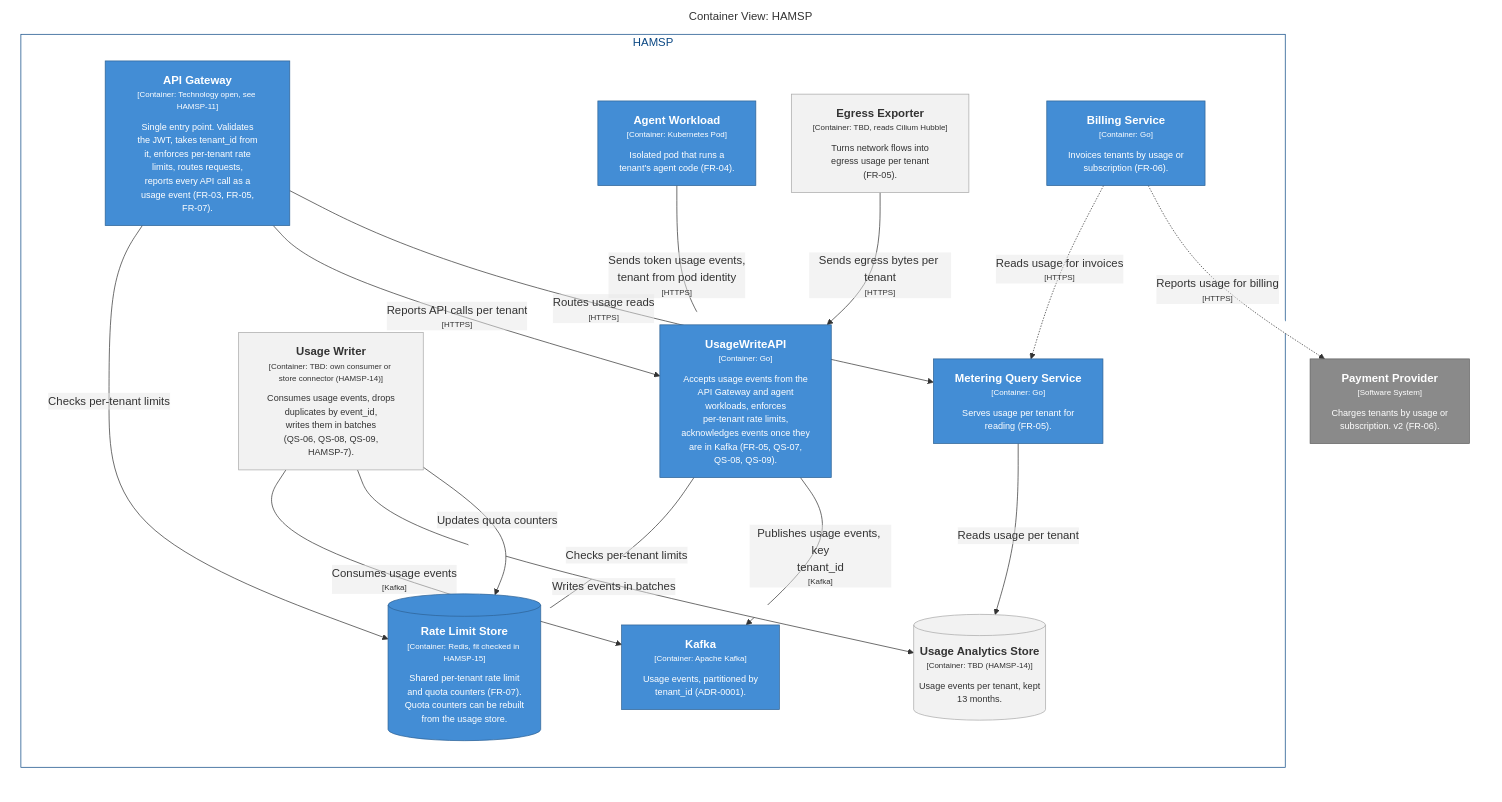
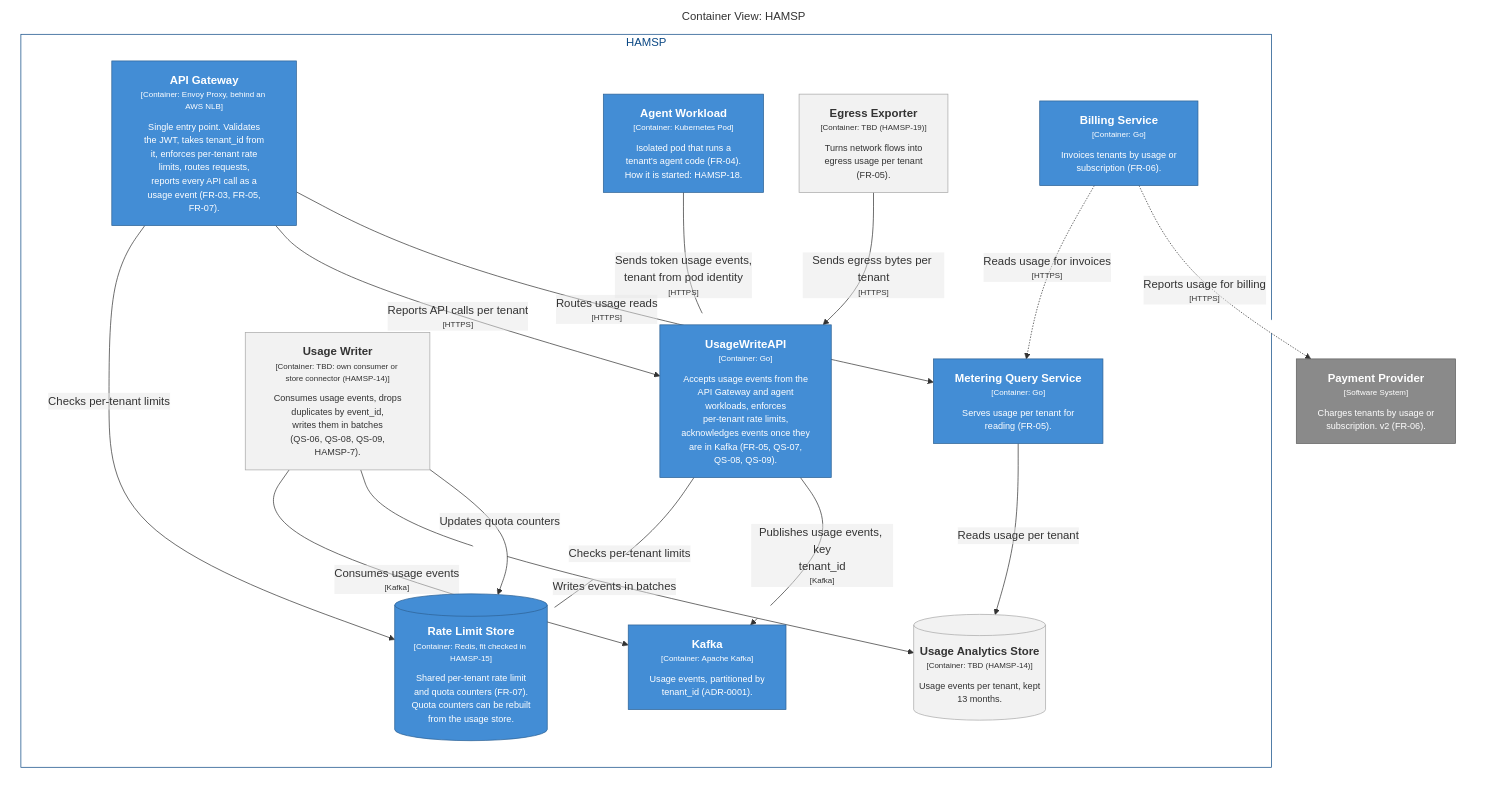
One commit to maksimillian1/ha-multitenant-saas-platform changed the diagram in docs/architecture/c4/structurizr-UsagePipeline.mmd. Above: the diagram before and after it, drawn with Mermaid. The commit also changed 10 other files, not shown here.

```diff
--- a/docs/architecture/c4/structurizr-UsagePipeline.mmd
+++ b/docs/architecture/c4/structurizr-UsagePipeline.mmd
@@ -1,49 +1,49 @@
 graph LR
   linkStyle default fill:#ffffff
 
   subgraph diagram ["Container View: HAMSP"]
     style diagram fill:#ffffff,stroke:#ffffff
 
-    25["<div style='font-weight: bold'>Payment Provider</div><div style='font-size: 70%; margin-top: 0px'>[Software System]</div><div style='font-size: 80%; margin-top:10px'>Charges tenants by usage or<br />subscription. v2 (FR-06).</div>"]
-    style 25 fill:#8a8a8a,stroke:#606060,color:#ffffff
+    24["<div style='font-weight: bold'>Payment Provider</div><div style='font-size: 70%; margin-top: 0px'>[Software System]</div><div style='font-size: 80%; margin-top:10px'>Charges tenants by usage or<br />subscription. v2 (FR-06).</div>"]
+    style 24 fill:#8a8a8a,stroke:#606060,color:#ffffff
 
     subgraph 4 ["HAMSP"]
       style 4 fill:#ffffff,stroke:#0b4884,color:#0b4884
 
-      11["<div style='font-weight: bold'>Agent Workload</div><div style='font-size: 70%; margin-top: 0px'>[Container: Kubernetes Pod]</div><div style='font-size: 80%; margin-top:10px'>Isolated pod that runs a<br />tenant's agent code (FR-04).</div>"]
+      11["<div style='font-weight: bold'>Agent Workload</div><div style='font-size: 70%; margin-top: 0px'>[Container: Kubernetes Pod]</div><div style='font-size: 80%; margin-top:10px'>Isolated pod that runs a<br />tenant's agent code (FR-04).<br />How it is started: HAMSP-18.</div>"]
       style 11 fill:#438dd5,stroke:#2e6295,color:#ffffff
       12["<div style='font-weight: bold'>UsageWriteAPI</div><div style='font-size: 70%; margin-top: 0px'>[Container: Go]</div><div style='font-size: 80%; margin-top:10px'>Accepts usage events from the<br />API Gateway and agent<br />workloads, enforces<br />per-tenant rate limits,<br />acknowledges events once they<br />are in Kafka (FR-05, QS-07,<br />QS-08, QS-09).</div>"]
       style 12 fill:#438dd5,stroke:#2e6295,color:#ffffff
-      13["<div style='font-weight: bold'>Egress Exporter</div><div style='font-size: 70%; margin-top: 0px'>[Container: TBD, reads Cilium Hubble]</div><div style='font-size: 80%; margin-top:10px'>Turns network flows into<br />egress usage per tenant<br />(FR-05).</div>"]
+      13["<div style='font-weight: bold'>Egress Exporter</div><div style='font-size: 70%; margin-top: 0px'>[Container: TBD (HAMSP-19)]</div><div style='font-size: 80%; margin-top:10px'>Turns network flows into<br />egress usage per tenant<br />(FR-05).</div>"]
       style 13 fill:#f2f2f2,stroke:#a9a9a9,color:#333333
       14["<div style='font-weight: bold'>Usage Writer</div><div style='font-size: 70%; margin-top: 0px'>[Container: TBD: own consumer or store connector (HAMSP-14)]</div><div style='font-size: 80%; margin-top:10px'>Consumes usage events, drops<br />duplicates by event_id,<br />writes them in batches<br />(QS-06, QS-08, QS-09,<br />HAMSP-7).</div>"]
       style 14 fill:#f2f2f2,stroke:#a9a9a9,color:#333333
       15["<div style='font-weight: bold'>Metering Query Service</div><div style='font-size: 70%; margin-top: 0px'>[Container: Go]</div><div style='font-size: 80%; margin-top:10px'>Serves usage per tenant for<br />reading (FR-05).</div>"]
       style 15 fill:#438dd5,stroke:#2e6295,color:#ffffff
       16["<div style='font-weight: bold'>Billing Service</div><div style='font-size: 70%; margin-top: 0px'>[Container: Go]</div><div style='font-size: 80%; margin-top:10px'>Invoices tenants by usage or<br />subscription (FR-06).</div>"]
       style 16 fill:#438dd5,stroke:#2e6295,color:#ffffff
       18["<div style='font-weight: bold'>Kafka</div><div style='font-size: 70%; margin-top: 0px'>[Container: Apache Kafka]</div><div style='font-size: 80%; margin-top:10px'>Usage events, partitioned by<br />tenant_id (ADR-0001).</div>"]
       style 18 fill:#438dd5,stroke:#2e6295,color:#ffffff
       19[("<div style='font-weight: bold'>Usage Analytics Store</div><div style='font-size: 70%; margin-top: 0px'>[Container: TBD (HAMSP-14)]</div><div style='font-size: 80%; margin-top:10px'>Usage events per tenant, kept<br />13 months.</div>")]
       style 19 fill:#f2f2f2,stroke:#a9a9a9,color:#333333
       20[("<div style='font-weight: bold'>Rate Limit Store</div><div style='font-size: 70%; margin-top: 0px'>[Container: Redis, fit checked in HAMSP-15]</div><div style='font-size: 80%; margin-top:10px'>Shared per-tenant rate limit<br />and quota counters (FR-07).<br />Quota counters can be rebuilt<br />from the usage store.</div>")]
       style 20 fill:#438dd5,stroke:#2e6295,color:#ffffff
-      7["<div style='font-weight: bold'>API Gateway</div><div style='font-size: 70%; margin-top: 0px'>[Container: Technology open, see HAMSP-11]</div><div style='font-size: 80%; margin-top:10px'>Single entry point. Validates<br />the JWT, takes tenant_id from<br />it, enforces per-tenant rate<br />limits, routes requests,<br />reports every API call as a<br />usage event (FR-03, FR-05,<br />FR-07).</div>"]
+      7["<div style='font-weight: bold'>API Gateway</div><div style='font-size: 70%; margin-top: 0px'>[Container: Envoy Proxy, behind an AWS NLB]</div><div style='font-size: 80%; margin-top:10px'>Single entry point. Validates<br />the JWT, takes tenant_id from<br />it, enforces per-tenant rate<br />limits, routes requests,<br />reports every API call as a<br />usage event (FR-03, FR-05,<br />FR-07).</div>"]
       style 7 fill:#438dd5,stroke:#2e6295,color:#ffffff
     end
 
     7-- "<div>Checks per-tenant limits</div><div style='font-size: 70%'></div>" -->20
     7-- "<div>Reports API calls per tenant</div><div style='font-size: 70%'>[HTTPS]</div>" -->12
     11-- "<div>Sends token usage events,<br />tenant from pod identity</div><div style='font-size: 70%'>[HTTPS]</div>" -->12
     13-- "<div>Sends egress bytes per tenant</div><div style='font-size: 70%'>[HTTPS]</div>" -->12
     12-- "<div>Checks per-tenant limits</div><div style='font-size: 70%'></div>" -->20
     12-- "<div>Publishes usage events, key<br />tenant_id</div><div style='font-size: 70%'>[Kafka]</div>" -->18
     14-- "<div>Consumes usage events</div><div style='font-size: 70%'>[Kafka]</div>" -->18
     14-- "<div>Writes events in batches</div><div style='font-size: 70%'></div>" -->19
     14-- "<div>Updates quota counters</div><div style='font-size: 70%'></div>" -->20
     7-- "<div>Routes usage reads</div><div style='font-size: 70%'>[HTTPS]</div>" -->15
     15-- "<div>Reads usage per tenant</div><div style='font-size: 70%'></div>" -->19
     16-. "<div>Reads usage for invoices</div><div style='font-size: 70%'>[HTTPS]</div>" .->15
-    16-. "<div>Reports usage for billing</div><div style='font-size: 70%'>[HTTPS]</div>" .->25
+    16-. "<div>Reports usage for billing</div><div style='font-size: 70%'>[HTTPS]</div>" .->24
 
   end
```
